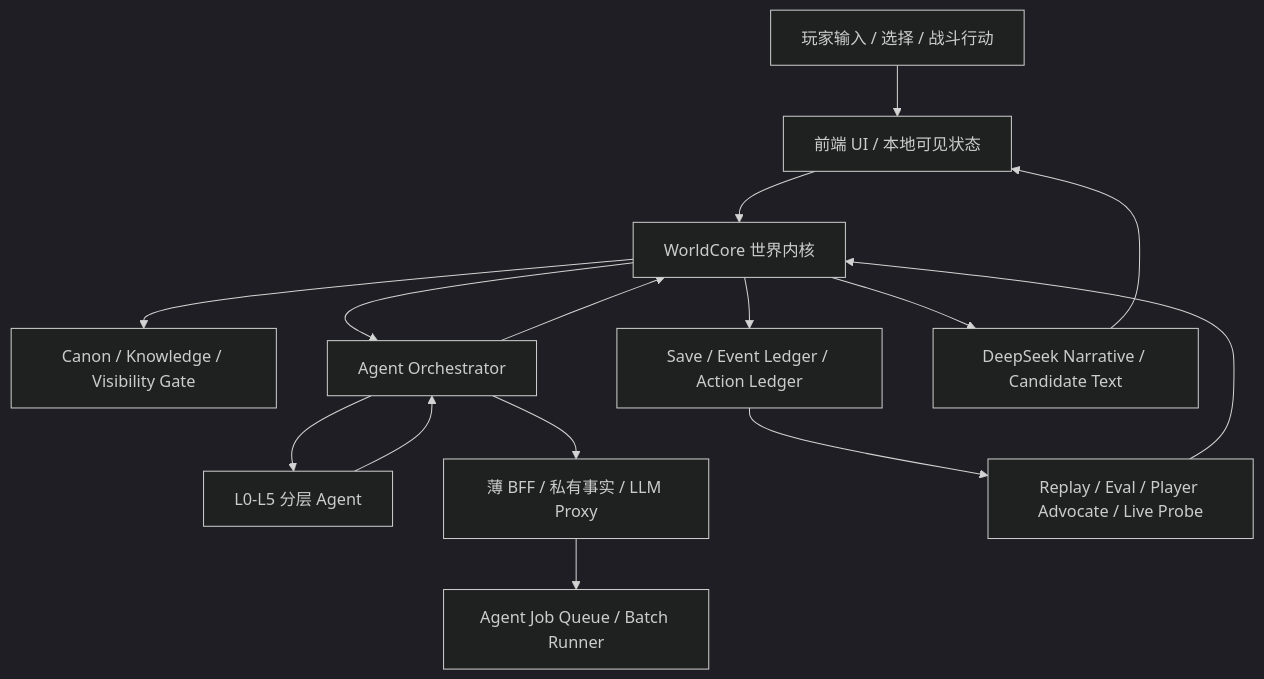
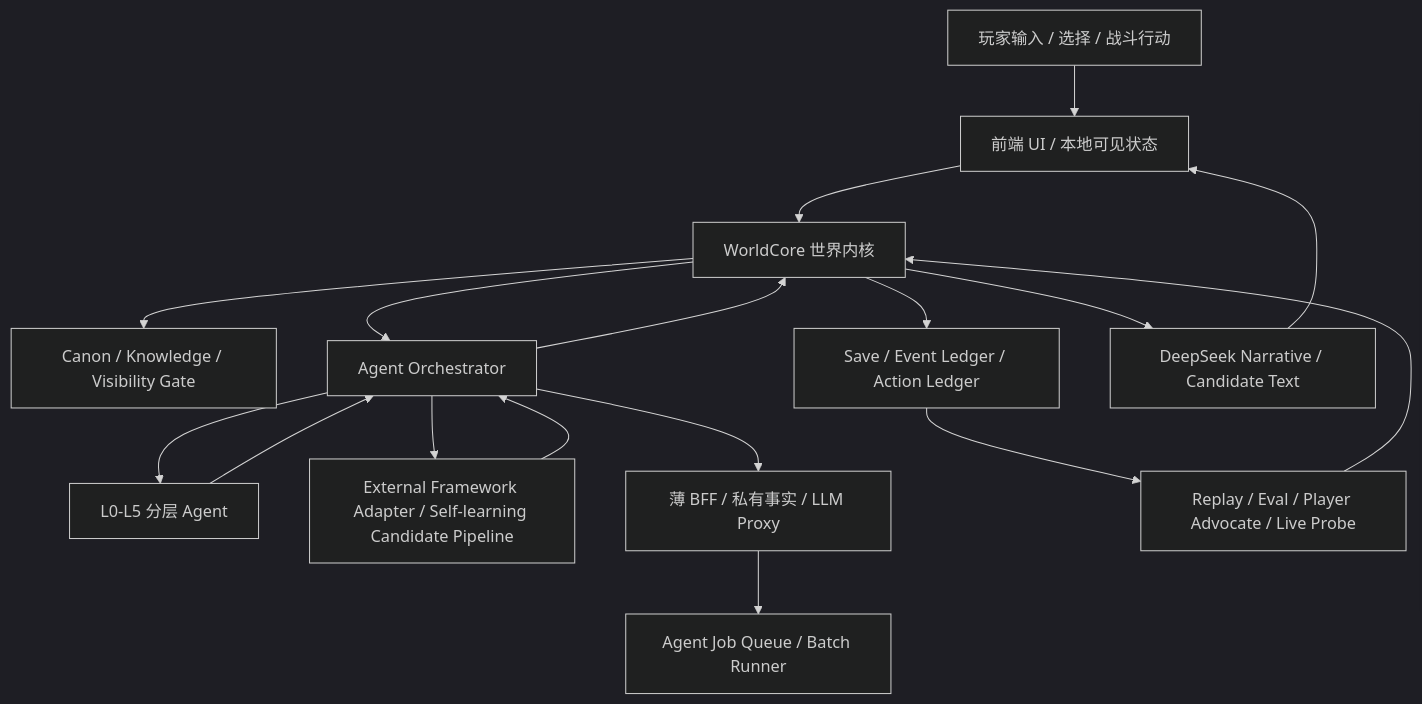
Before and after one commit to normalSp/reborn-gu-zhenren: the diagram in 指导大纲/长期路线/v2.0-v4.0-分层Agent与世界内核/v2.0-v4.0-世界内核与Agent协作架构草案.md, drawn with Mermaid (dark theme). The commit also changed other lines of this file and 20 other files, not shown here.

````diff
--- a/指导大纲/长期路线/v2.0-v4.0-分层Agent与世界内核/v2.0-v4.0-世界内核与Agent协作架构草案.md
+++ b/指导大纲/长期路线/v2.0-v4.0-分层Agent与世界内核/v2.0-v4.0-世界内核与Agent协作架构草案.md
@@ -8,29 +8,32 @@
 ```mermaid
 flowchart TD
   Player["玩家输入 / 选择 / 战斗行动"]
   UI["前端 UI / 本地可见状态"]
   WorldCore["WorldCore 世界内核"]
   Canon["Canon / Knowledge / Visibility Gate"]
   AgentOrch["Agent Orchestrator"]
   Agents["L0-L5 分层 Agent"]
+  Adapter["External Framework Adapter / Self-learning Candidate Pipeline"]
   BFF["薄 BFF / 私有事实 / LLM Proxy"]
   Queue["Agent Job Queue / Batch Runner"]
   Eval["Replay / Eval / Player Advocate / Live Probe"]
   Store["Save / Event Ledger / Action Ledger"]
   Narrative["DeepSeek Narrative / Candidate Text"]
 
   Player --> UI
   UI --> WorldCore
   WorldCore --> Canon
   WorldCore --> AgentOrch
   AgentOrch --> Agents
+  AgentOrch --> Adapter
+  Adapter --> AgentOrch
   AgentOrch --> BFF
   BFF --> Queue
   Agents --> AgentOrch
   AgentOrch --> WorldCore
   WorldCore --> Store
   WorldCore --> Narrative
   Narrative --> UI
   Store --> Eval
   Eval --> WorldCore
 ```
````
